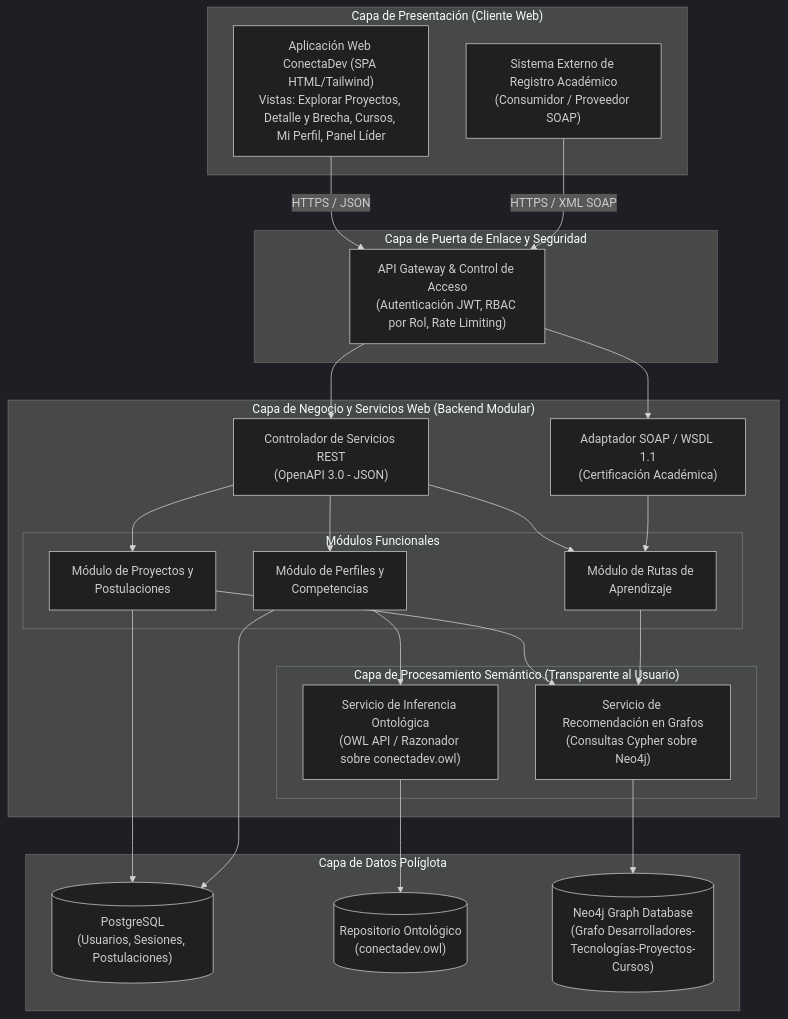
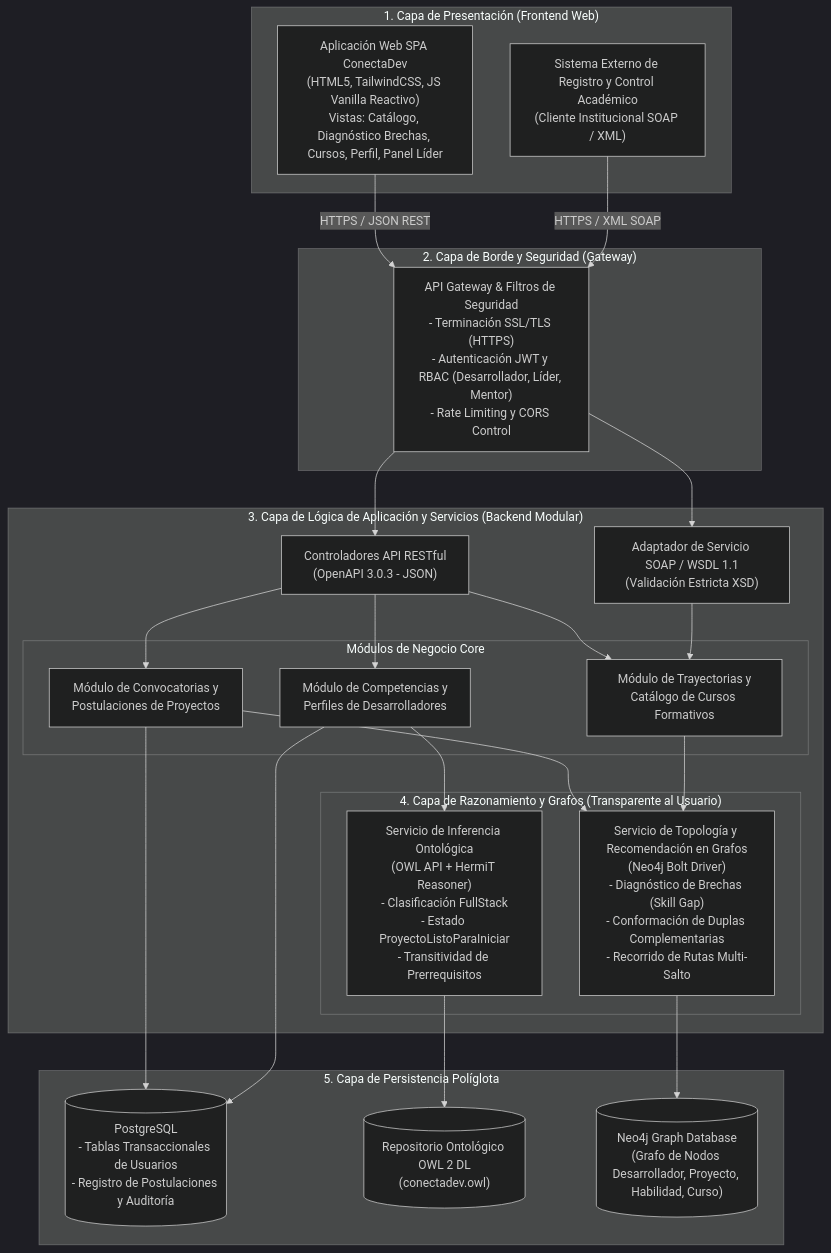
One commit to Anticife/Ingenieria-Web-ConectaDev changed the second of 9 diagrams in DOCUMENTO_TECNICO_PROYECTO_FINAL.md. Above: the diagram before and after it, drawn with Mermaid (dark theme). The commit also changed other lines of this file and 2 other files, not shown here.

````diff
--- a/DOCUMENTO_TECNICO_PROYECTO_FINAL.md
+++ b/DOCUMENTO_TECNICO_PROYECTO_FINAL.md
@@ -86,52 +196,52 @@
 ```mermaid
 flowchart TB
-    subgraph Presentacion["Capa de Presentación (Cliente Web)"]
-        SPA["Aplicación Web ConectaDev (SPA HTML/Tailwind)\nVistas: Explorar Proyectos, Detalle y Brecha, Cursos, Mi Perfil, Panel Líder"]
-        RegUniv["Sistema Externo de Registro Académico\n(Consumidor / Proveedor SOAP)"]
+    subgraph CapaPresentacion["1. Capa de Presentación (Frontend Web)"]
+        SPA["Aplicación Web SPA ConectaDev\n(HTML5, TailwindCSS, JS Vanilla Reactivo)\nVistas: Catálogo, Diagnóstico Brechas, Cursos, Perfil, Panel Líder"]
+        ExtClient["Sistema Externo de Registro y Control Académico\n(Cliente Institucional SOAP / XML)"]
     end
 
-    subgraph Borde["Capa de Puerta de Enlace y Seguridad"]
-        GW["API Gateway & Control de Acceso\n(Autenticación JWT, RBAC por Rol, Rate Limiting)"]
+    subgraph CapaBorde["2. Capa de Borde y Seguridad (Gateway)"]
+        Gateway["API Gateway & Filtros de Seguridad\n- Terminación SSL/TLS (HTTPS)\n- Autenticación JWT y RBAC (Desarrollador, Líder, Mentor)\n- Rate Limiting y CORS Control"]
     end
 
-    subgraph Aplicacion["Capa de Negocio y Servicios Web (Backend Modular)"]
-        REST["Controlador de Servicios REST\n(OpenAPI 3.0 - JSON)"]
-        SOAP["Adaptador SOAP / WSDL 1.1\n(Certificación Académica)"]
+    subgraph CapaNegocio["3. Capa de Lógica de Aplicación y Servicios (Backend Modular)"]
+        RESTCtrl["Controladores API RESTful\n(OpenAPI 3.0.3 - JSON)"]
+        SOAPAdapt["Adaptador de Servicio SOAP / WSDL 1.1\n(Validación Estricta XSD)"]
 
-        subgraph Modulos["Módulos Funcionales"]
-            MProy["Módulo de Proyectos y\nPostulaciones"]
-            MPerfil["Módulo de Perfiles y\nCompetencias"]
-            MCursos["Módulo de Rutas de\nAprendizaje"]
+        subgraph ModulosDominio["Módulos de Negocio Core"]
+            ModProyectos["Módulo de Convocatorias y\nPostulaciones de Proyectos"]
+            ModPerfiles["Módulo de Competencias y\nPerfiles de Desarrolladores"]
+            ModRutas["Módulo de Trayectorias y\nCatálogo de Cursos Formativos"]
         end
 
-        subgraph Semantica["Capa de Procesamiento Semántico (Transparente al Usuario)"]
-            MotorOWL["Servicio de Inferencia Ontológica\n(OWL API / Razonador sobre conectadev.owl)"]
-            MotorGrafo["Servicio de Recomendación en Grafos\n(Consultas Cypher sobre Neo4j)"]
+        subgraph MotoresSemanticos["4. Capa de Razonamiento y Grafos (Transparente al Usuario)"]
+            OWLService["Servicio de Inferencia Ontológica\n(OWL API + HermiT Reasoner)\n- Clasificación FullStack\n- Estado ProyectoListoParaIniciar\n- Transitividad de Prerrequisitos"]
+            GraphService["Servicio de Topología y Recomendación en Grafos\n(Neo4j Bolt Driver)\n- Diagnóstico de Brechas (Skill Gap)\n- Conformación de Duplas Complementarias\n- Recorrido de Rutas Multi-Salto"]
         end
     end
 
-    subgraph Persistencia["Capa de Datos Políglota"]
-        DBRel[("PostgreSQL\n(Usuarios, Sesiones, Postulaciones)")]
-        DBOWL[("Repositorio Ontológico\n(conectadev.owl)")]
-        DBGraph[("Neo4j Graph Database\n(Grafo Desarrolladores-Tecnologías-Proyectos-Cursos)")]
+    subgraph CapaPersistencia["5. Capa de Persistencia Políglota"]
+        RelationalDB[("PostgreSQL\n- Tablas Transaccionales de Usuarios\n- Registro de Postulaciones y Auditoría")]
+        OWLStore[("Repositorio Ontológico OWL 2 DL\n(conectadev.owl)")]
+        GraphDB[("Neo4j Graph Database\n(Grafo de Nodos Desarrollador, Proyecto, Habilidad, Curso)")]
     end
 
-    SPA -->|HTTPS / JSON| GW
-    RegUniv -->|HTTPS / XML SOAP| GW
-    GW --> REST
-    GW --> SOAP
+    SPA -->|HTTPS / JSON REST| Gateway
+    ExtClient -->|HTTPS / XML SOAP| Gateway
+    Gateway --> RESTCtrl
+    Gateway --> SOAPAdapt
 
-    REST --> MProy
-    REST --> MPerfil
-    REST --> MCursos
-    SOAP --> MCursos
+    RESTCtrl --> ModProyectos
+    RESTCtrl --> ModPerfiles
+    RESTCtrl --> ModRutas
+    SOAPAdapt --> ModRutas
 
-    MProy --> DBRel
-    MPerfil --> DBRel
-    MPerfil --> MotorOWL
-    MProy --> MotorGrafo
-    MCursos --> MotorGrafo
+    ModProyectos --> RelationalDB
+    ModPerfiles --> RelationalDB
+    ModPerfiles --> OWLService
+    ModProyectos --> GraphService
+    ModRutas --> GraphService
 
-    MotorOWL --> DBOWL
-    MotorGrafo --> DBGraph
+    OWLService --> OWLStore
+    GraphService --> GraphDB
 ```
````
